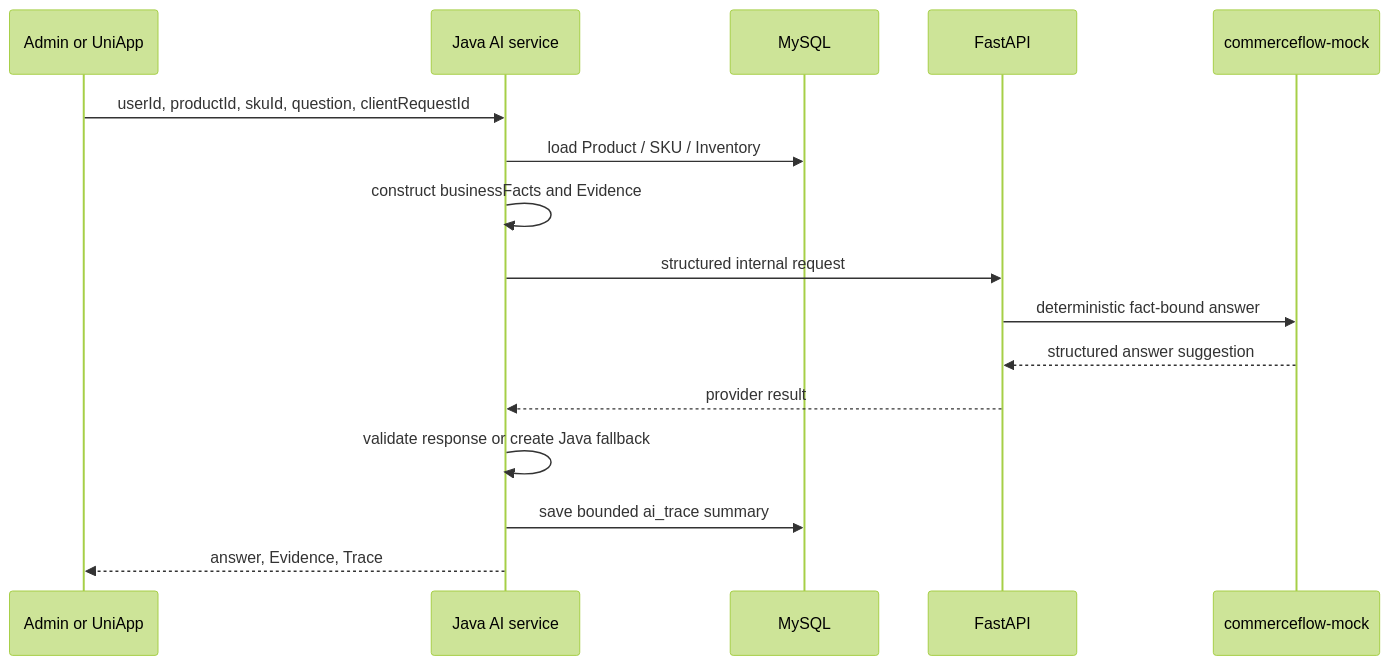
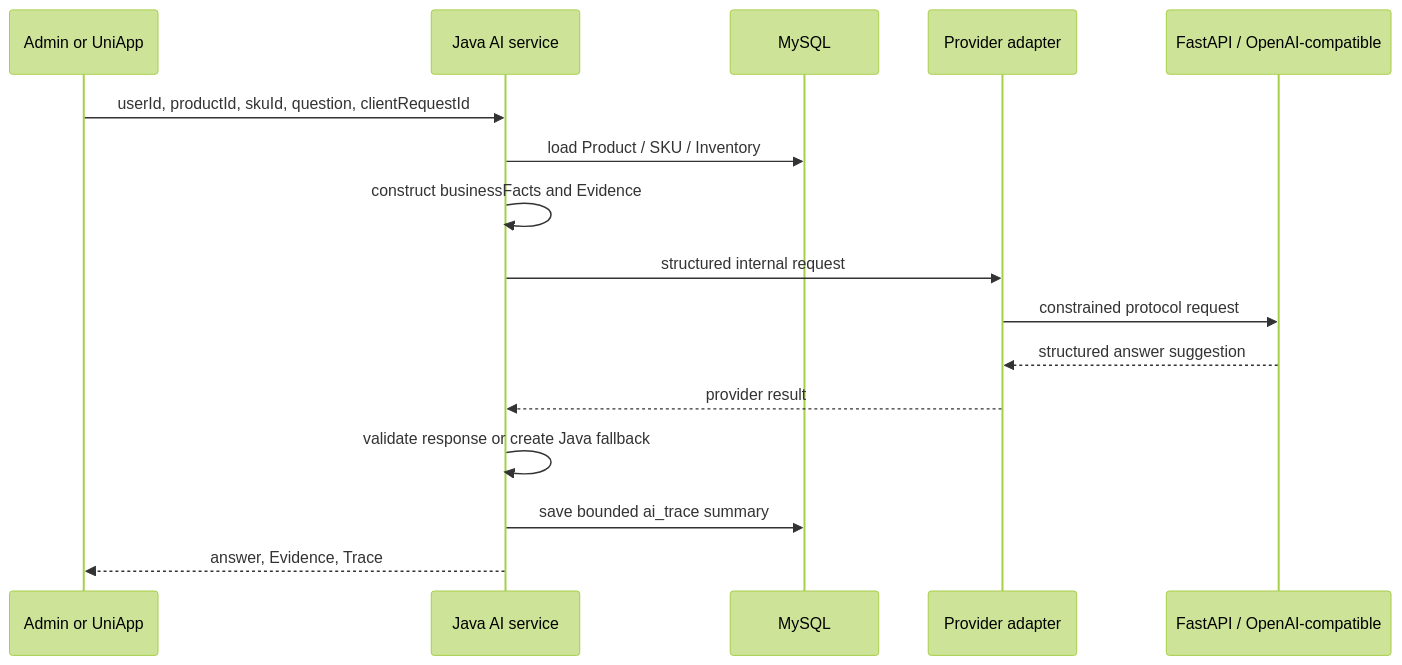
Before and after one commit to jameswilson87156-del/commerceflow-ai-mall: the diagram in docs/architecture/AI_GROUNDED_ANSWER_FLOW.md, drawn with Mermaid (forest theme). The commit also changed other lines of this file and 231 other files, not shown here.

````diff
--- a/docs/architecture/AI_GROUNDED_ANSWER_FLOW.md
+++ b/docs/architecture/AI_GROUNDED_ANSWER_FLOW.md
@@ -3,18 +3,18 @@
 ```mermaid
 sequenceDiagram
   participant F as Admin or UniApp
   participant J as Java AI service
   participant M as MySQL
-  participant P as FastAPI
-  participant X as commerceflow-mock
+  participant P as Provider adapter
+  participant X as FastAPI / OpenAI-compatible
   F->>J: userId, productId, skuId, question, clientRequestId
   J->>M: load Product / SKU / Inventory
   J->>J: construct businessFacts and Evidence
   J->>P: structured internal request
-  P->>X: deterministic fact-bound answer
+  P->>X: constrained protocol request
   X-->>P: structured answer suggestion
   P-->>J: provider result
   J->>J: validate response or create Java fallback
   J->>M: save bounded ai_trace summary
   J-->>F: answer, Evidence, Trace
 ```
````
